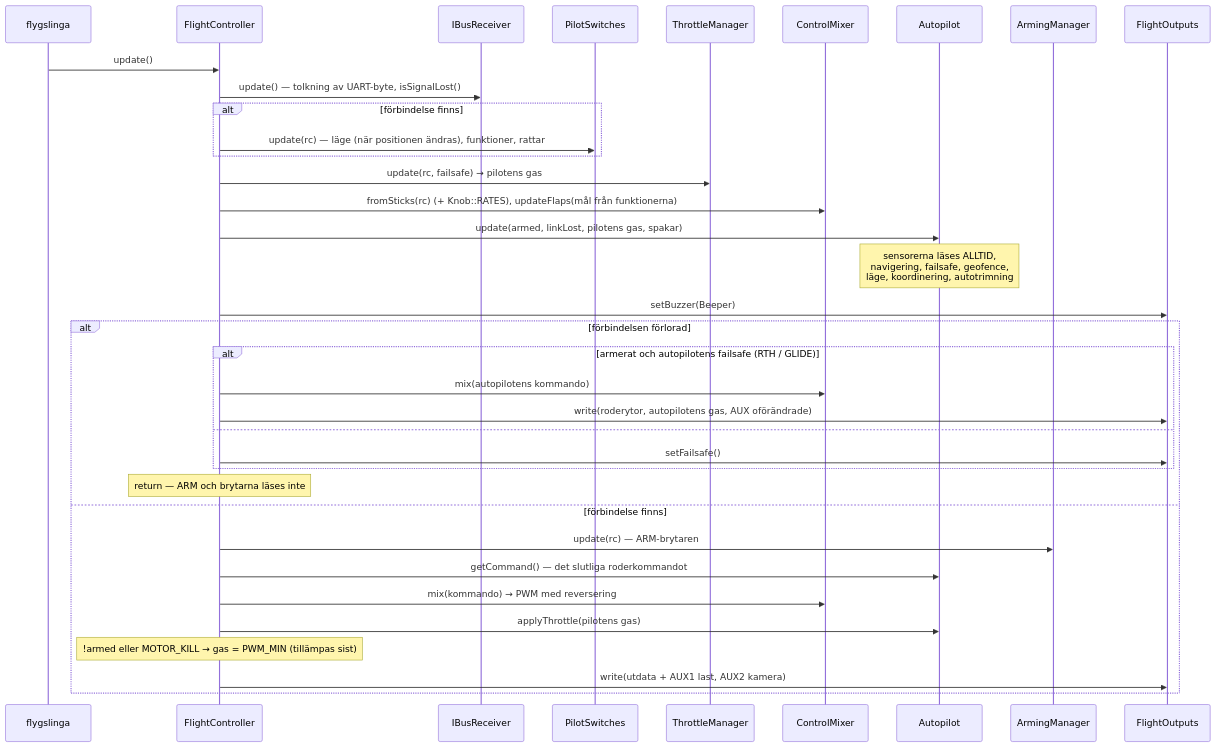
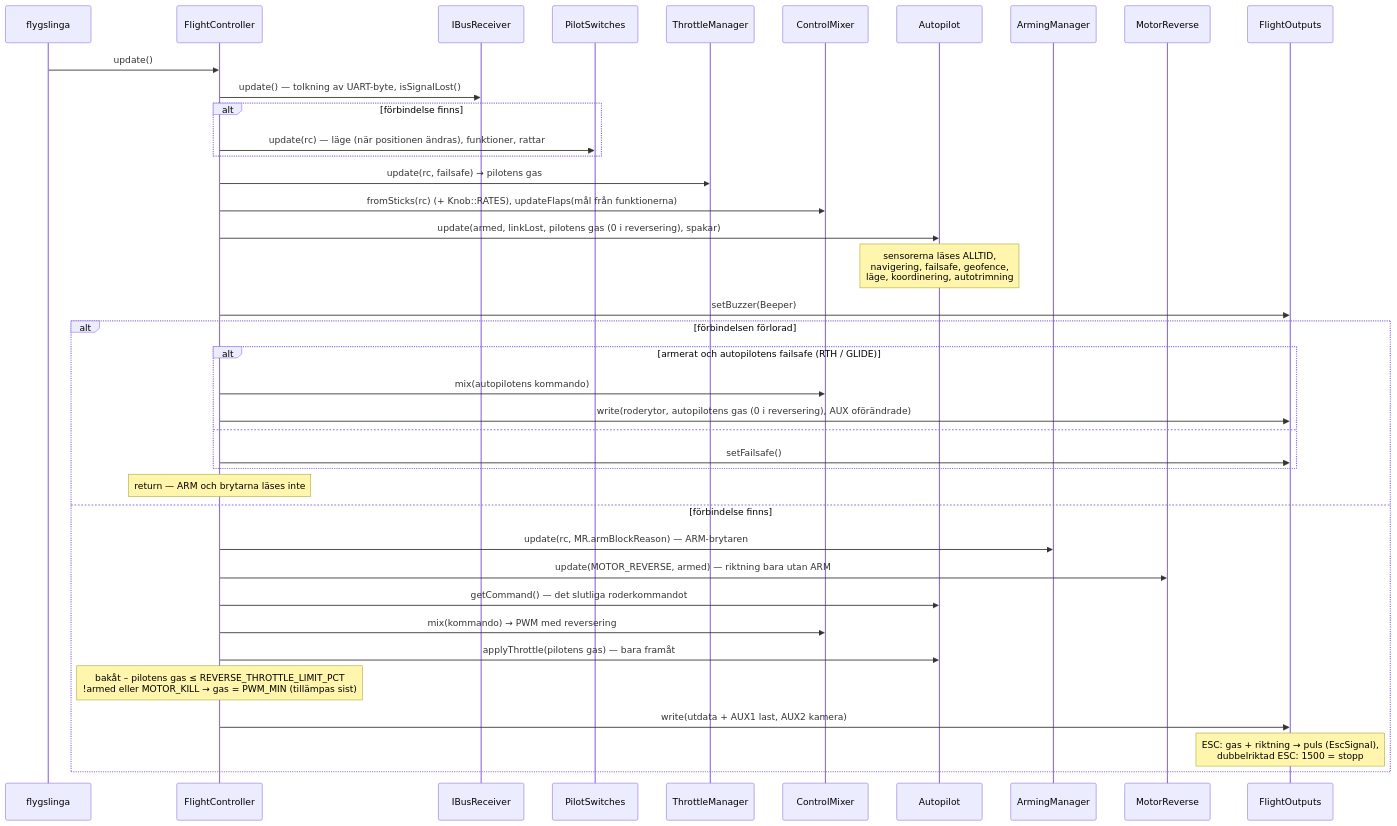
One commit to damir-lebedev/OpenPlaneProject changed the sixth of 11 diagrams in docs/i18n/sv/ARCHITECTURE.md. Above: the diagram before and after it, drawn with Mermaid. The commit also changed other lines of this file and 166 other files, not shown here.

First line of the commit message:
Make the bidirectional BLHeli 80A ESC the main one, with a disarm-only motor reverse

````diff
--- a/docs/i18n/sv/ARCHITECTURE.md
+++ b/docs/i18n/sv/ARCHITECTURE.md
@@ -401,39 +401,42 @@
 ```mermaid
 sequenceDiagram
     participant L as flygslinga
     participant FC as FlightController
     participant RX as IBusReceiver
     participant SW as PilotSwitches
     participant TM as ThrottleManager
     participant MX as ControlMixer
     participant AP as Autopilot
     participant AM as ArmingManager
+    participant MR as MotorReverse
     participant OUT as FlightOutputs
 
     L->>FC: update()
     FC->>RX: update() — tolkning av UART-byte, isSignalLost()
     alt förbindelse finns
         FC->>SW: update(rc) — läge (när positionen ändras), funktioner, rattar
     end
     FC->>TM: update(rc, failsafe) → pilotens gas
     FC->>MX: fromSticks(rc) (+ Knob::RATES), updateFlaps(mål från funktionerna)
-    FC->>AP: update(armed, linkLost, pilotens gas, spakar)
+    FC->>AP: update(armed, linkLost, pilotens gas (0 i reversering), spakar)
     Note over AP: sensorerna läses ALLTID,<br/>navigering, failsafe, geofence,<br/>läge, koordinering, autotrimning
     FC->>OUT: setBuzzer(Beeper)
     alt förbindelsen förlorad
         alt armerat och autopilotens failsafe (RTH / GLIDE)
             FC->>MX: mix(autopilotens kommando)
-            FC->>OUT: write(roderytor, autopilotens gas, AUX oförändrade)
+            FC->>OUT: write(roderytor, autopilotens gas (0 i reversering), AUX oförändrade)
         else
             FC->>OUT: setFailsafe()
         end
         Note over FC: return — ARM och brytarna läses inte
     else förbindelse finns
-        FC->>AM: update(rc) — ARM-brytaren
+        FC->>AM: update(rc, MR.armBlockReason) — ARM-brytaren
+        FC->>MR: update(MOTOR_REVERSE, armed) — riktning bara utan ARM
         FC->>AP: getCommand() — det slutliga roderkommandot
         FC->>MX: mix(kommando) → PWM med reversering
-        FC->>AP: applyThrottle(pilotens gas)
-        Note over FC: !armed eller MOTOR_KILL → gas = PWM_MIN (tillämpas sist)
+        FC->>AP: applyThrottle(pilotens gas) — bara framåt
+        Note over FC: bakåt – pilotens gas ≤ REVERSE_THROTTLE_LIMIT_PCT<br/>!armed eller MOTOR_KILL → gas = PWM_MIN (tillämpas sist)
         FC->>OUT: write(utdata + AUX1 last, AUX2 kamera)
+        Note over OUT: ESC: gas + riktning → puls (EscSignal),<br/>dubbelriktad ESC: 1500 = stopp
     end
 ```
````
